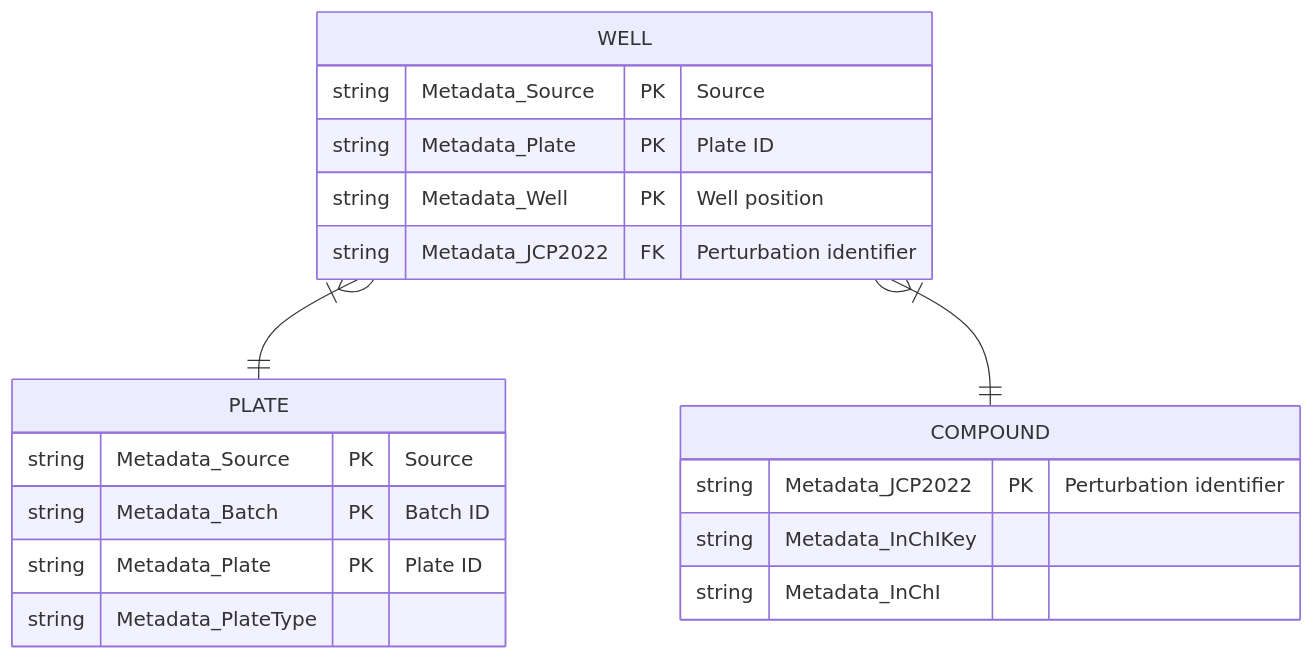
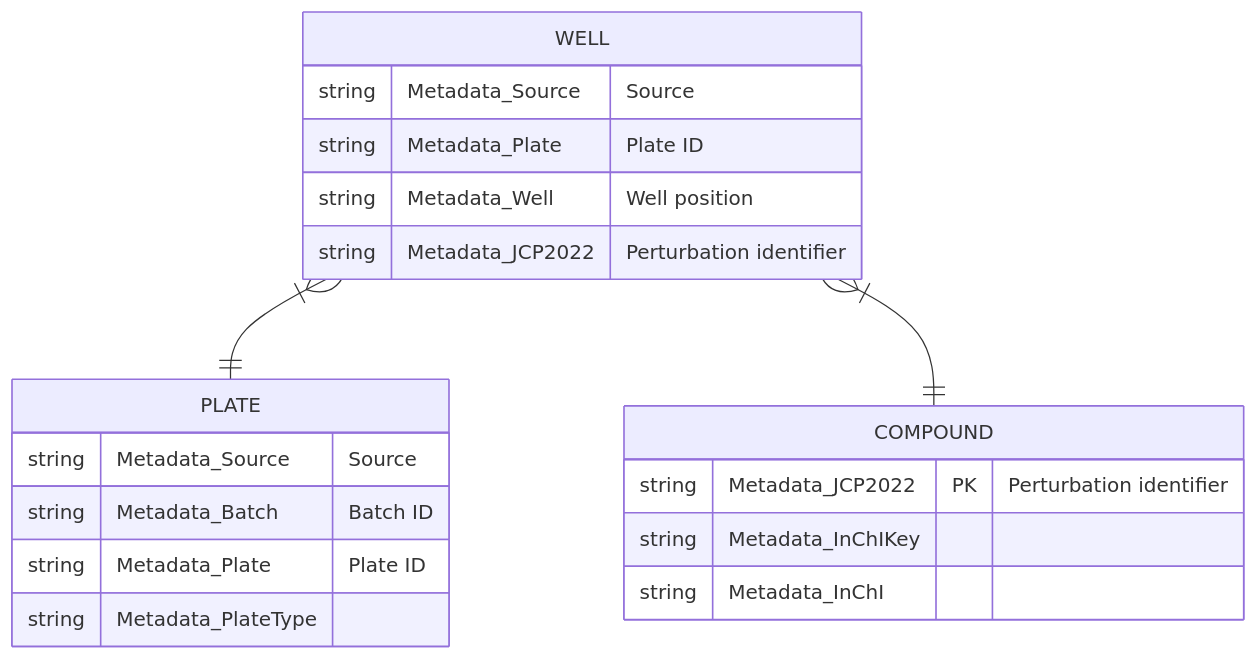
One commit to jump-cellpainting/datasets changed the diagram in metadata/README.md. Above: the diagram before and after it, drawn with Mermaid.

````diff
--- a/metadata/README.md
+++ b/metadata/README.md
@@ -1,22 +1,22 @@
 ```mermaid
 erDiagram
     WELL }|--|| PLATE : ""
     WELL {
-        string Metadata_Source PK "Source"
-        string Metadata_Plate PK "Plate ID"
-        string Metadata_Well PK "Well position"
-        string Metadata_JCP2022 FK "Perturbation identifier"
+        string Metadata_Source "Source"
+        string Metadata_Plate "Plate ID"
+        string Metadata_Well "Well position"
+        string Metadata_JCP2022 "Perturbation identifier"
     }
     PLATE {
-        string Metadata_Source PK "Source"
-        string Metadata_Batch PK "Batch ID"
-        string Metadata_Plate PK "Plate ID"
+        string Metadata_Source "Source"
+        string Metadata_Batch "Batch ID"
+        string Metadata_Plate "Plate ID"
         string Metadata_PlateType
     }
     WELL }|--|| COMPOUND : ""
     COMPOUND {
         string Metadata_JCP2022 PK "Perturbation identifier"
         string Metadata_InChIKey
         string Metadata_InChI
     }
 ```
````
